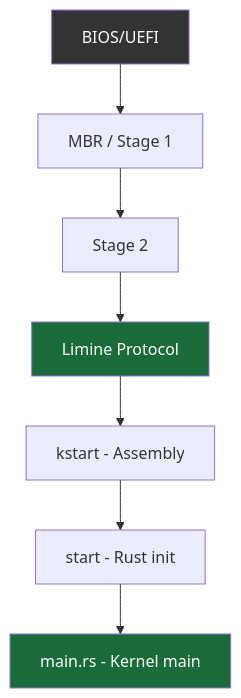
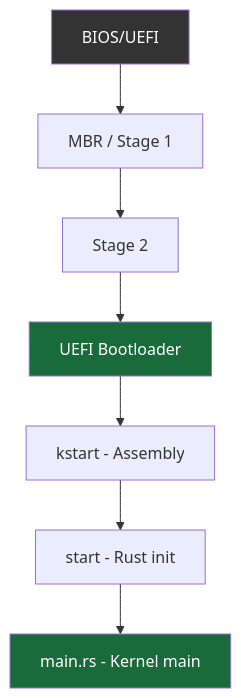
One commit to ggielly/strat9-os changed the first of 3 diagrams in docs-site/src/boot-sequence.md. Above: the diagram before and after it, drawn with Mermaid. The commit also changed other lines of this file and 33 other files, not shown here.

First line of the commit message:
Refactor bootloader integration from Limine to UEFI

````diff
--- a/docs-site/src/boot-sequence.md
+++ b/docs-site/src/boot-sequence.md
@@ -9,13 +9,13 @@
 ```mermaid
 flowchart TD
     A[BIOS/UEFI] --> B[MBR / Stage 1]
     B --> C[Stage 2]
-    C --> D[Limine Protocol]
+    C --> D[UEFI Bootloader]
     D --> E[kstart - Assembly]
     E --> F[start - Rust init]
     F --> G[main.rs - Kernel main]
 
     style A fill:#333,color:#fff
     style D fill:#1a6b3a,color:#fff
     style G fill:#1a6b3a,color:#fff
 ```
````
